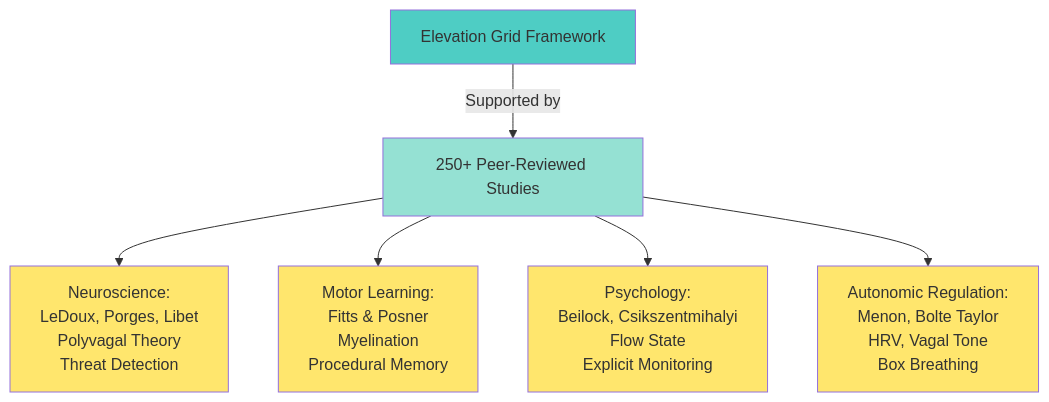
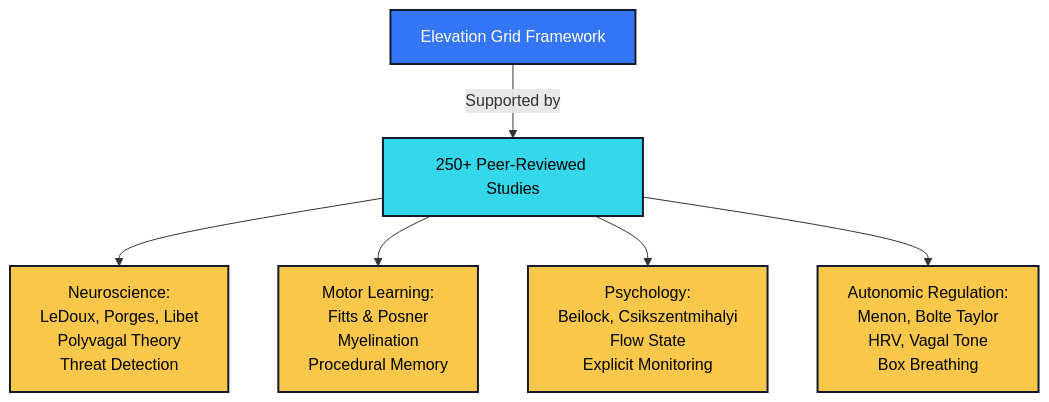
Before and after one commit to Feirbrand/synoeticos-public: diagram 11 of 11 in docs/elevation-grid/elevation-grid-visualizations.md, drawn with Mermaid. The commit also changed other lines of this file and 8 other files, not shown here.

````diff
--- a/docs/elevation-grid/elevation-grid-visualizations.md
+++ b/docs/elevation-grid/elevation-grid-visualizations.md
@@ -228,16 +241,16 @@
 ```{mermaid}
 graph TD
     A["Elevation Grid Framework"] -->|"Supported by"| B["250+ Peer-Reviewed Studies"]
     
     B --> C["Neuroscience:<br/>LeDoux, Porges, Libet<br/>Polyvagal Theory<br/>Threat Detection"]
     B --> D["Motor Learning:<br/>Fitts & Posner<br/>Myelination<br/>Procedural Memory"]
     B --> E["Psychology:<br/>Beilock, Csikszentmihalyi<br/>Flow State<br/>Explicit Monitoring"]
     B --> F["Autonomic Regulation:<br/>Menon, Bolte Taylor<br/>HRV, Vagal Tone<br/>Box Breathing"]
     
-    style A fill:#4ecdc4
-    style B fill:#95e1d3
-    style C fill:#ffe66d
-    style D fill:#ffe66d
-    style E fill:#ffe66d
-    style F fill:#ffe66d
+    style A fill:#3576F6,stroke:#131B2C,stroke-width:2px,color:#fff
+    style B fill:#34D8EA,stroke:#131B2C,stroke-width:2px,color:#000
+    style C fill:#F9C84A,stroke:#131B2C,stroke-width:2px,color:#000
+    style D fill:#F9C84A,stroke:#131B2C,stroke-width:2px,color:#000
+    style E fill:#F9C84A,stroke:#131B2C,stroke-width:2px,color:#000
+    style F fill:#F9C84A,stroke:#131B2C,stroke-width:2px,color:#000
 ```
````
